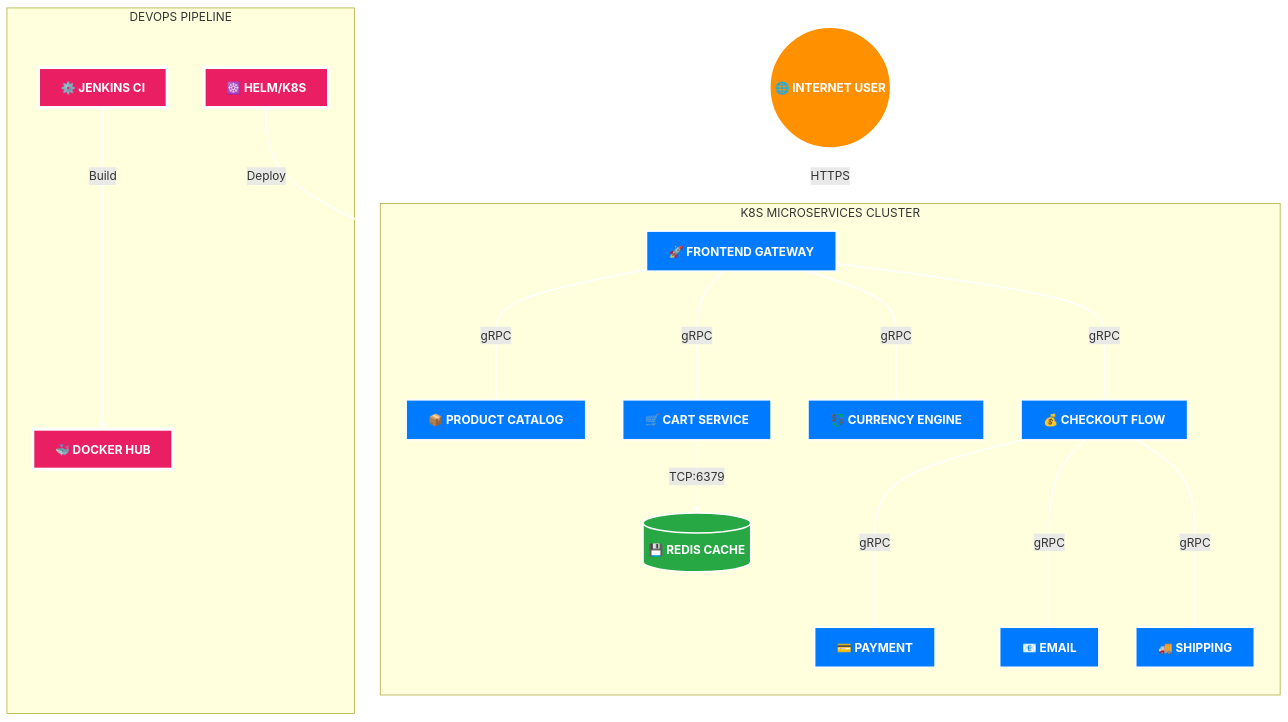
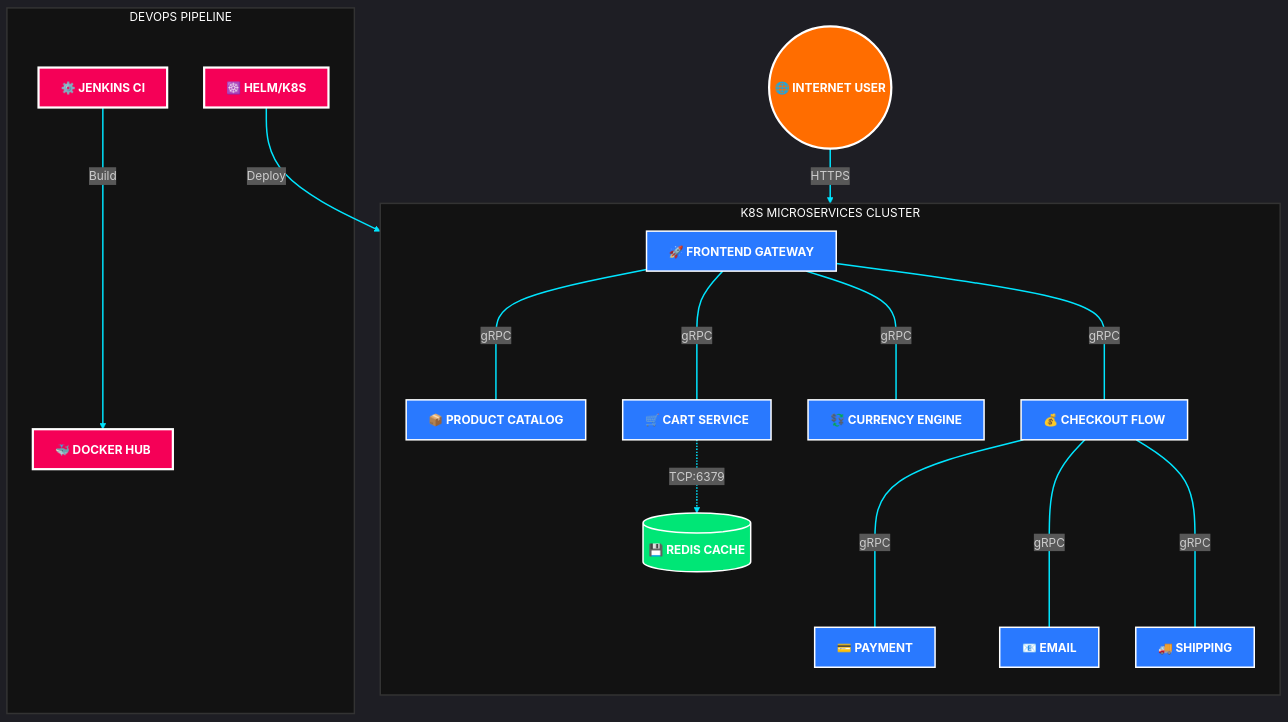
The second of 2 diagrams in README.md (rakeshkolipakaace/Microservices-e-commerce), drawn with Mermaid before and after one commit. The commit also changed other lines of this file, not shown here.

Commit message:
DOCS: True Black background for diagrams

````diff
--- a/README.md
+++ b/README.md
@@ -45,32 +43,38 @@
 ```mermaid
+%%{init: {'theme': 'dark', 'themeVariables': { 'darkMode': true, 'background': '#000000', 'primaryColor': '#007BFF' }}}%%
 flowchart TD
-    %% Styling for visibility
-    classDef ext fill:#FF9100,stroke:#fff,stroke-width:4px,color:#fff,font-weight:bold;
-    classDef core fill:#007BFF,stroke:#fff,stroke-width:2px,color:#fff,font-weight:bold;
-    classDef db fill:#28A745,stroke:#fff,stroke-width:2px,color:#fff,font-weight:bold;
-    classDef tools fill:#E91E63,stroke:#fff,stroke-width:4px,color:#fff,font-weight:bold;
+    %% Node Styling
+    classDef ext fill:#FF6D00,stroke:#fff,stroke-width:3px,color:#fff,font-weight:bold;
+    classDef core fill:#2979FF,stroke:#fff,stroke-width:2px,color:#fff,font-weight:bold;
+    classDef db fill:#00E676,stroke:#fff,stroke-width:2px,color:#fff,font-weight:bold;
+    classDef tools fill:#F50057,stroke:#fff,stroke-width:3px,color:#fff,font-weight:bold;
+    classDef cluster fill:#121212,stroke:#333,stroke-width:2px,color:#fff;
 
     User((🌐 INTERNET USER)):::ext -->|HTTPS| Frontend[🚀 FRONTEND GATEWAY]:::core
     
-    subgraph "K8S MICROSERVICES CLUSTER"
+    subgraph K8S_CLUSTER [K8S MICROSERVICES CLUSTER]
         direction TB
         Frontend ====|gRPC| Catalog[📦 PRODUCT CATALOG]:::core
         Frontend ====|gRPC| Cart[🛒 CART SERVICE]:::core
         Frontend ====|gRPC| Currency[💱 CURRENCY ENGINE]:::core
         Frontend ====|gRPC| Checkout[💰 CHECKOUT FLOW]:::core
         
         Cart -.->|TCP:6379| Redis[(💾 REDIS CACHE)]:::db
         
         Checkout ====|gRPC| Payment[💳 PAYMENT]:::core
         Checkout ====|gRPC| Email[📧 EMAIL]:::core
         Checkout ====|gRPC| Ship[🚚 SHIPPING]:::core
     end
 
-    subgraph "DEVOPS PIPELINE"
+    subgraph DEVOPS_STACK [DEVOPS PIPELINE]
         Jenkins[⚙️ JENKINS CI]:::tools -->|Build| Docker[🐳 DOCKER HUB]:::tools
         Helm[☸️ HELM/K8S]:::tools -->|Deploy| Frontend
     end
 
+    %% Apply cluster style
+    class K8S_CLUSTER cluster;
+    class DEVOPS_STACK cluster;
+
     %% Link styles
-    linkStyle default stroke:#fff,stroke-width:2px;
+    linkStyle default stroke:#00E5FF,stroke-width:2px;
 ```
````
